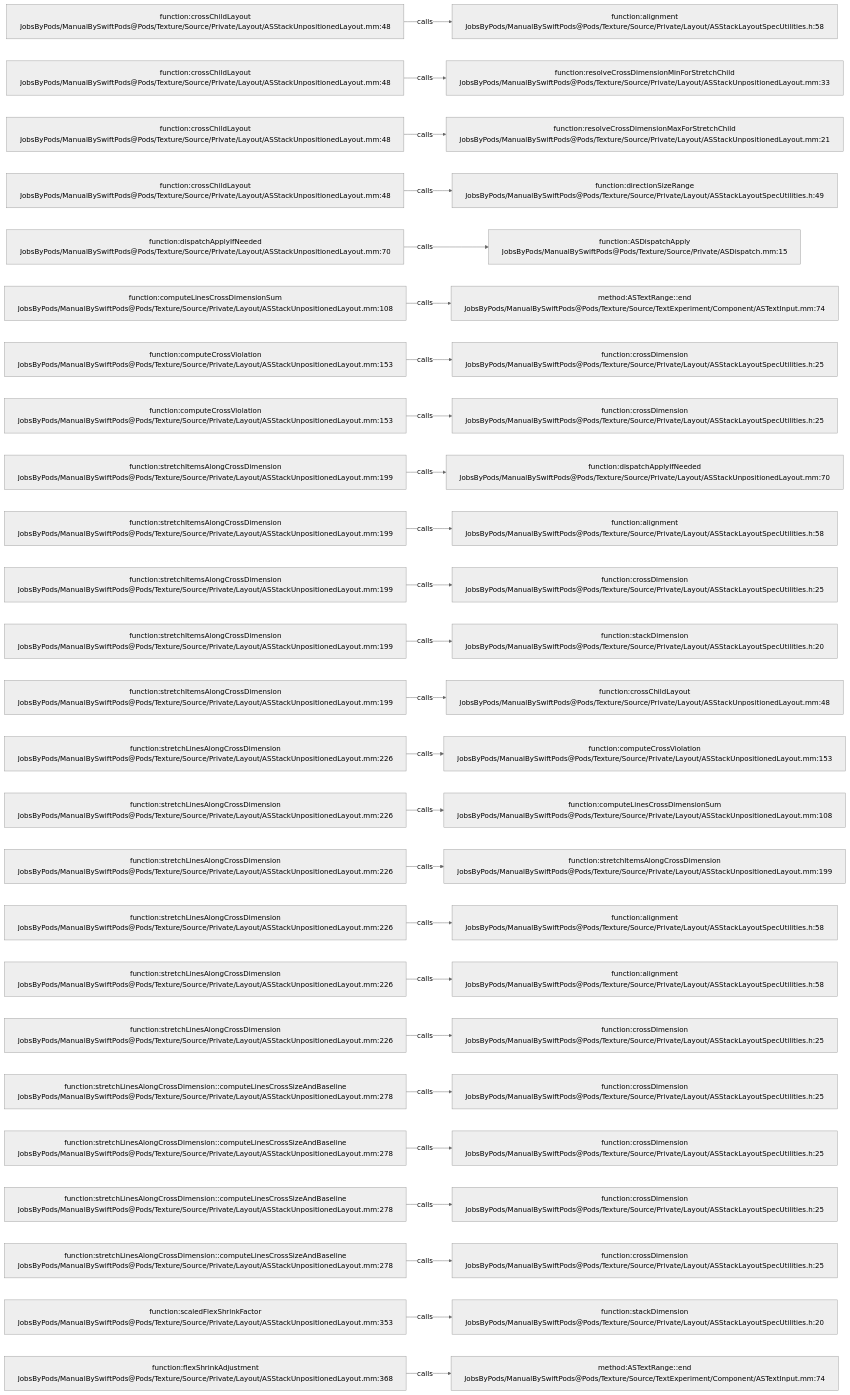
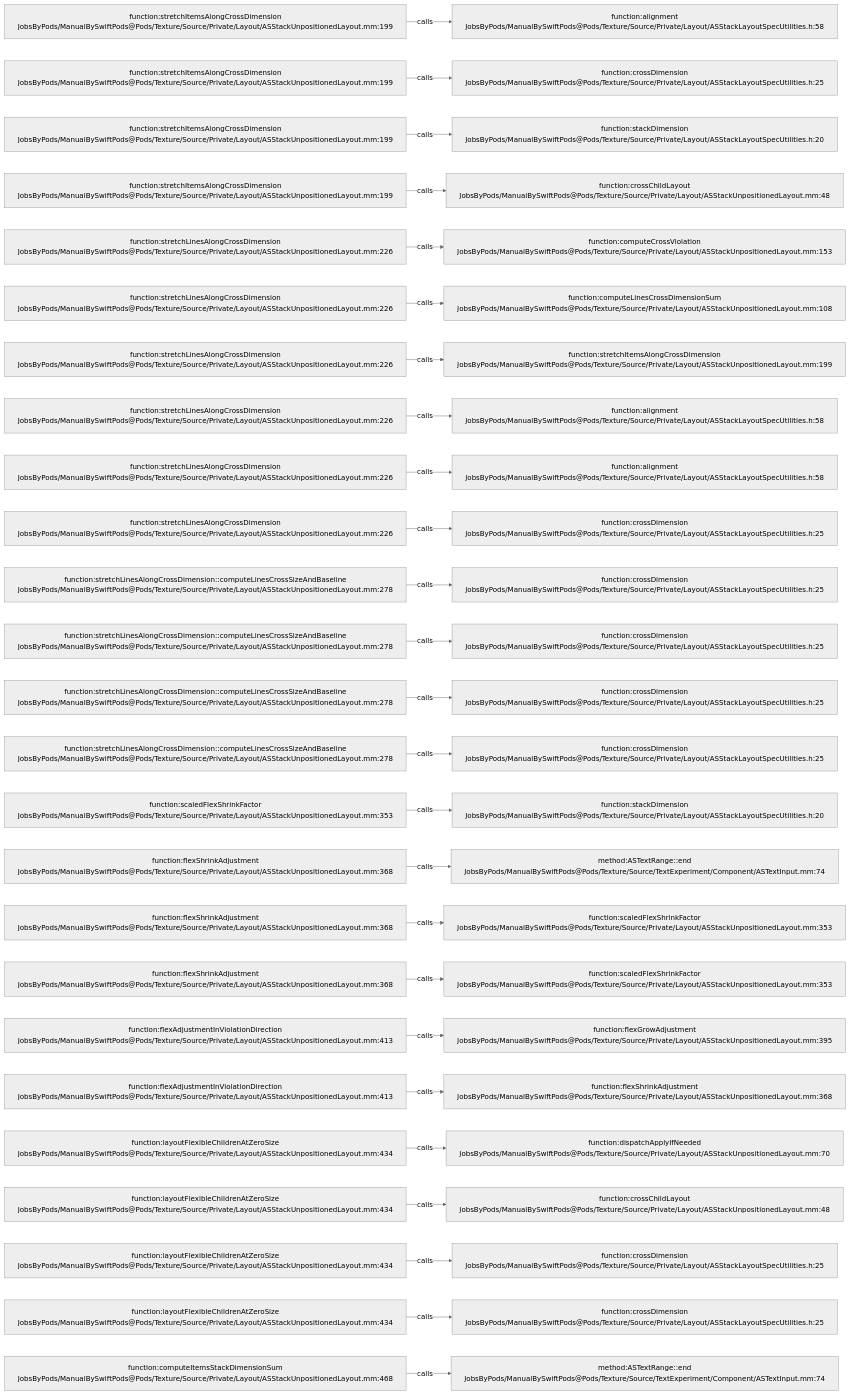
One commit to JobsKits/JobsSwiftBaseConfigDemo changed the diagram in .codegraph/codegraph.md/graphs/calls-125.md. Above: the diagram before and after it, drawn with Mermaid (neutral theme). The commit also changed 707 other files, not shown here.

````diff
--- a/.codegraph/codegraph.md/graphs/calls-125.md
+++ b/.codegraph/codegraph.md/graphs/calls-125.md
@@ -13,78 +13,78 @@
 ```mermaid
 flowchart LR
-  S1["function:crossChildLayout<br/>JobsByPods/ManualBySwiftPods@Pods/Texture/Source/Private/Layout/ASStackUnpositionedLayout.mm:48"]
+  S1["function:stretchItemsAlongCrossDimension<br/>JobsByPods/ManualBySwiftPods@Pods/Texture/Source/Private/Layout/ASStackUnpositionedLayout.mm:199"]
   T1["function:alignment<br/>JobsByPods/ManualBySwiftPods@Pods/Texture/Source/Private/Layout/ASStackLayoutSpecUtilities.h:58"]
   S1 -->|calls| T1
-  S2["function:crossChildLayout<br/>JobsByPods/ManualBySwiftPods@Pods/Texture/Source/Private/Layout/ASStackUnpositionedLayout.mm:48"]
-  T2["function:resolveCrossDimensionMinForStretchChild<br/>JobsByPods/ManualBySwiftPods@Pods/Texture/Source/Private/Layout/ASStackUnpositionedLayout.mm:33"]
+  S2["function:stretchItemsAlongCrossDimension<br/>JobsByPods/ManualBySwiftPods@Pods/Texture/Source/Private/Layout/ASStackUnpositionedLayout.mm:199"]
+  T2["function:crossDimension<br/>JobsByPods/ManualBySwiftPods@Pods/Texture/Source/Private/Layout/ASStackLayoutSpecUtilities.h:25"]
   S2 -->|calls| T2
-  S3["function:crossChildLayout<br/>JobsByPods/ManualBySwiftPods@Pods/Texture/Source/Private/Layout/ASStackUnpositionedLayout.mm:48"]
-  T3["function:resolveCrossDimensionMaxForStretchChild<br/>JobsByPods/ManualBySwiftPods@Pods/Texture/Source/Private/Layout/ASStackUnpositionedLayout.mm:21"]
+  S3["function:stretchItemsAlongCrossDimension<br/>JobsByPods/ManualBySwiftPods@Pods/Texture/Source/Private/Layout/ASStackUnpositionedLayout.mm:199"]
+  T3["function:stackDimension<br/>JobsByPods/ManualBySwiftPods@Pods/Texture/Source/Private/Layout/ASStackLayoutSpecUtilities.h:20"]
   S3 -->|calls| T3
-  S4["function:crossChildLayout<br/>JobsByPods/ManualBySwiftPods@Pods/Texture/Source/Private/Layout/ASStackUnpositionedLayout.mm:48"]
-  T4["function:directionSizeRange<br/>JobsByPods/ManualBySwiftPods@Pods/Texture/Source/Private/Layout/ASStackLayoutSpecUtilities.h:49"]
+  S4["function:stretchItemsAlongCrossDimension<br/>JobsByPods/ManualBySwiftPods@Pods/Texture/Source/Private/Layout/ASStackUnpositionedLayout.mm:199"]
+  T4["function:crossChildLayout<br/>JobsByPods/ManualBySwiftPods@Pods/Texture/Source/Private/Layout/ASStackUnpositionedLayout.mm:48"]
   S4 -->|calls| T4
-  S5["function:dispatchApplyIfNeeded<br/>JobsByPods/ManualBySwiftPods@Pods/Texture/Source/Private/Layout/ASStackUnpositionedLayout.mm:70"]
-  T5["function:ASDispatchApply<br/>JobsByPods/ManualBySwiftPods@Pods/Texture/Source/Private/ASDispatch.mm:15"]
+  S5["function:stretchLinesAlongCrossDimension<br/>JobsByPods/ManualBySwiftPods@Pods/Texture/Source/Private/Layout/ASStackUnpositionedLayout.mm:226"]
+  T5["function:computeCrossViolation<br/>JobsByPods/ManualBySwiftPods@Pods/Texture/Source/Private/Layout/ASStackUnpositionedLayout.mm:153"]
   S5 -->|calls| T5
-  S6["function:computeLinesCrossDimensionSum<br/>JobsByPods/ManualBySwiftPods@Pods/Texture/Source/Private/Layout/ASStackUnpositionedLayout.mm:108"]
-  T6["method:ASTextRange::end<br/>JobsByPods/ManualBySwiftPods@Pods/Texture/Source/TextExperiment/Component/ASTextInput.mm:74"]
+  S6["function:stretchLinesAlongCrossDimension<br/>JobsByPods/ManualBySwiftPods@Pods/Texture/Source/Private/Layout/ASStackUnpositionedLayout.mm:226"]
+  T6["function:computeLinesCrossDimensionSum<br/>JobsByPods/ManualBySwiftPods@Pods/Texture/Source/Private/Layout/ASStackUnpositionedLayout.mm:108"]
   S6 -->|calls| T6
-  S7["function:computeCrossViolation<br/>JobsByPods/ManualBySwiftPods@Pods/Texture/Source/Private/Layout/ASStackUnpositionedLayout.mm:153"]
-  T7["function:crossDimension<br/>JobsByPods/ManualBySwiftPods@Pods/Texture/Source/Private/Layout/ASStackLayoutSpecUtilities.h:25"]
+  S7["function:stretchLinesAlongCrossDimension<br/>JobsByPods/ManualBySwiftPods@Pods/Texture/Source/Private/Layout/ASStackUnpositionedLayout.mm:226"]
+  T7["function:stretchItemsAlongCrossDimension<br/>JobsByPods/ManualBySwiftPods@Pods/Texture/Source/Private/Layout/ASStackUnpositionedLayout.mm:199"]
   S7 -->|calls| T7
-  S8["function:computeCrossViolation<br/>JobsByPods/ManualBySwiftPods@Pods/Texture/Source/Private/Layout/ASStackUnpositionedLayout.mm:153"]
-  T8["function:crossDimension<br/>JobsByPods/ManualBySwiftPods@Pods/Texture/Source/Private/Layout/ASStackLayoutSpecUtilities.h:25"]
+  S8["function:stretchLinesAlongCrossDimension<br/>JobsByPods/ManualBySwiftPods@Pods/Texture/Source/Private/Layout/ASStackUnpositionedLayout.mm:226"]
+  T8["function:alignment<br/>JobsByPods/ManualBySwiftPods@Pods/Texture/Source/Private/Layout/ASStackLayoutSpecUtilities.h:58"]
   S8 -->|calls| T8
-  S9["function:stretchItemsAlongCrossDimension<br/>JobsByPods/ManualBySwiftPods@Pods/Texture/Source/Private/Layout/ASStackUnpositionedLayout.mm:199"]
-  T9["function:dispatchApplyIfNeeded<br/>JobsByPods/ManualBySwiftPods@Pods/Texture/Source/Private/Layout/ASStackUnpositionedLayout.mm:70"]
+  S9["function:stretchLinesAlongCrossDimension<br/>JobsByPods/ManualBySwiftPods@Pods/Texture/Source/Private/Layout/ASStackUnpositionedLayout.mm:226"]
+  T9["function:alignment<br/>JobsByPods/ManualBySwiftPods@Pods/Texture/Source/Private/Layout/ASStackLayoutSpecUtilities.h:58"]
   S9 -->|calls| T9
-  S10["function:stretchItemsAlongCrossDimension<br/>JobsByPods/ManualBySwiftPods@Pods/Texture/Source/Private/Layout/ASStackUnpositionedLayout.mm:199"]
-  T10["function:alignment<br/>JobsByPods/ManualBySwiftPods@Pods/Texture/Source/Private/Layout/ASStackLayoutSpecUtilities.h:58"]
+  S10["function:stretchLinesAlongCrossDimension<br/>JobsByPods/ManualBySwiftPods@Pods/Texture/Source/Private/Layout/ASStackUnpositionedLayout.mm:226"]
+  T10["function:crossDimension<br/>JobsByPods/ManualBySwiftPods@Pods/Texture/Source/Private/Layout/ASStackLayoutSpecUtilities.h:25"]
   S10 -->|calls| T10
-  S11["function:stretchItemsAlongCrossDimension<br/>JobsByPods/ManualBySwiftPods@Pods/Texture/Source/Private/Layout/ASStackUnpositionedLayout.mm:199"]
+  S11["function:stretchLinesAlongCrossDimension::computeLinesCrossSizeAndBaseline<br/>JobsByPods/ManualBySwiftPods@Pods/Texture/Source/Private/Layout/ASStackUnpositionedLayout.mm:278"]
   T11["function:crossDimension<br/>JobsByPods/ManualBySwiftPods@Pods/Texture/Source/Private/Layout/ASStackLayoutSpecUtilities.h:25"]
   S11 -->|calls| T11
-  S12["function:stretchItemsAlongCrossDimension<br/>JobsByPods/ManualBySwiftPods@Pods/Texture/Source/Private/Layout/ASStackUnpositionedLayout.mm:199"]
-  T12["function:stackDimension<br/>JobsByPods/ManualBySwiftPods@Pods/Texture/Source/Private/Layout/ASStackLayoutSpecUtilities.h:20"]
+  S12["function:stretchLinesAlongCrossDimension::computeLinesCrossSizeAndBaseline<br/>JobsByPods/ManualBySwiftPods@Pods/Texture/Source/Private/Layout/ASStackUnpositionedLayout.mm:278"]
+  T12["function:crossDimension<br/>JobsByPods/ManualBySwiftPods@Pods/Texture/Source/Private/Layout/ASStackLayoutSpecUtilities.h:25"]
   S12 -->|calls| T12
-  S13["function:stretchItemsAlongCrossDimension<br/>JobsByPods/ManualBySwiftPods@Pods/Texture/Source/Private/Layout/ASStackUnpositionedLayout.mm:199"]
-  T13["function:crossChildLayout<br/>JobsByPods/ManualBySwiftPods@Pods/Texture/Source/Private/Layout/ASStackUnpositionedLayout.mm:48"]
+  S13["function:stretchLinesAlongCrossDimension::computeLinesCrossSizeAndBaseline<br/>JobsByPods/ManualBySwiftPods@Pods/Texture/Source/Private/Layout/ASStackUnpositionedLayout.mm:278"]
+  T13["function:crossDimension<br/>JobsByPods/ManualBySwiftPods@Pods/Texture/Source/Private/Layout/ASStackLayoutSpecUtilities.h:25"]
   S13 -->|calls| T13
-  S14["function:stretchLinesAlongCrossDimension<br/>JobsByPods/ManualBySwiftPods@Pods/Texture/Source/Private/Layout/ASStackUnpositionedLayout.mm:226"]
-  T14["function:computeCrossViolation<br/>JobsByPods/ManualBySwiftPods@Pods/Texture/Source/Private/Layout/ASStackUnpositionedLayout.mm:153"]
+  S14["function:stretchLinesAlongCrossDimension::computeLinesCrossSizeAndBaseline<br/>JobsByPods/ManualBySwiftPods@Pods/Texture/Source/Private/Layout/ASStackUnpositionedLayout.mm:278"]
+  T14["function:crossDimension<br/>JobsByPods/ManualBySwiftPods@Pods/Texture/Source/Private/Layout/ASStackLayoutSpecUtilities.h:25"]
   S14 -->|calls| T14
-  S15["function:stretchLinesAlongCrossDimension<br/>JobsByPods/ManualBySwiftPods@Pods/Texture/Source/Private/Layout/ASStackUnpositionedLayout.mm:226"]
-  T15["function:computeLinesCrossDimensionSum<br/>JobsByPods/ManualBySwiftPods@Pods/Texture/Source/Private/Layout/ASStackUnpositionedLayout.mm:108"]
+  S15["function:scaledFlexShrinkFactor<br/>JobsByPods/ManualBySwiftPods@Pods/Texture/Source/Private/Layout/ASStackUnpositionedLayout.mm:353"]
+  T15["function:stackDimension<br/>JobsByPods/ManualBySwiftPods@Pods/Texture/Source/Private/Layout/ASStackLayoutSpecUtilities.h:20"]
   S15 -->|calls| T15
-  S16["function:stretchLinesAlongCrossDimension<br/>JobsByPods/ManualBySwiftPods@Pods/Texture/Source/Private/Layout/ASStackUnpositionedLayout.mm:226"]
-  T16["function:stretchItemsAlongCrossDimension<br/>JobsByPods/ManualBySwiftPods@Pods/Texture/Source/Private/Layout/ASStackUnpositionedLayout.mm:199"]
+  S16["function:flexShrinkAdjustment<br/>JobsByPods/ManualBySwiftPods@Pods/Texture/Source/Private/Layout/ASStackUnpositionedLayout.mm:368"]
+  T16["method:ASTextRange::end<br/>JobsByPods/ManualBySwiftPods@Pods/Texture/Source/TextExperiment/Component/ASTextInput.mm:74"]
   S16 -->|calls| T16
-  S17["function:stretchLinesAlongCrossDimension<br/>JobsByPods/ManualBySwiftPods@Pods/Texture/Source/Private/Layout/ASStackUnpositionedLayout.mm:226"]
-  T17["function:alignment<br/>JobsByPods/ManualBySwiftPods@Pods/Texture/Source/Private/Layout/ASStackLayoutSpecUtilities.h:58"]
+  S17["function:flexShrinkAdjustment<br/>JobsByPods/ManualBySwiftPods@Pods/Texture/Source/Private/Layout/ASStackUnpositionedLayout.mm:368"]
+  T17["function:scaledFlexShrinkFactor<br/>JobsByPods/ManualBySwiftPods@Pods/Texture/Source/Private/Layout/ASStackUnpositionedLayout.mm:353"]
   S17 -->|calls| T17
-  S18["function:stretchLinesAlongCrossDimension<br/>JobsByPods/ManualBySwiftPods@Pods/Texture/Source/Private/Layout/ASStackUnpositionedLayout.mm:226"]
-  T18["function:alignment<br/>JobsByPods/ManualBySwiftPods@Pods/Texture/Source/Private/Layout/ASStackLayoutSpecUtilities.h:58"]
+  S18["function:flexShrinkAdjustment<br/>JobsByPods/ManualBySwiftPods@Pods/Texture/Source/Private/Layout/ASStackUnpositionedLayout.mm:368"]
+  T18["function:scaledFlexShrinkFactor<br/>JobsByPods/ManualBySwiftPods@Pods/Texture/Source/Private/Layout/ASStackUnpositionedLayout.mm:353"]
   S18 -->|calls| T18
-  S19["function:stretchLinesAlongCrossDimension<br/>JobsByPods/ManualBySwiftPods@Pods/Texture/Source/Private/Layout/ASStackUnpositionedLayout.mm:226"]
-  T19["function:crossDimension<br/>JobsByPods/ManualBySwiftPods@Pods/Texture/Source/Private/Layout/ASStackLayoutSpecUtilities.h:25"]
+  S19["function:flexAdjustmentInViolationDirection<br/>JobsByPods/ManualBySwiftPods@Pods/Texture/Source/Private/Layout/ASStackUnpositionedLayout.mm:413"]
+  T19["function:flexGrowAdjustment<br/>JobsByPods/ManualBySwiftPods@Pods/Texture/Source/Private/Layout/ASStackUnpositionedLayout.mm:395"]
   S19 -->|calls| T19
-  S20["function:stretchLinesAlongCrossDimension::computeLinesCrossSizeAndBaseline<br/>JobsByPods/ManualBySwiftPods@Pods/Texture/Source/Private/Layout/ASStackUnpositionedLayout.mm:278"]
-  T20["function:crossDimension<br/>JobsByPods/ManualBySwiftPods@Pods/Texture/Source/Private/Layout/ASStackLayoutSpecUtilities.h:25"]
+  S20["function:flexAdjustmentInViolationDirection<br/>JobsByPods/ManualBySwiftPods@Pods/Texture/Source/Private/Layout/ASStackUnpositionedLayout.mm:413"]
+  T20["function:flexShrinkAdjustment<br/>JobsByPods/ManualBySwiftPods@Pods/Texture/Source/Private/Layout/ASStackUnpositionedLayout.mm:368"]
   S20 -->|calls| T20
-  S21["function:stretchLinesAlongCrossDimension::computeLinesCrossSizeAndBaseline<br/>JobsByPods/ManualBySwiftPods@Pods/Texture/Source/Private/Layout/ASStackUnpositionedLayout.mm:278"]
-  T21["function:crossDimension<br/>JobsByPods/ManualBySwiftPods@Pods/Texture/Source/Private/Layout/ASStackLayoutSpecUtilities.h:25"]
+  S21["function:layoutFlexibleChildrenAtZeroSize<br/>JobsByPods/ManualBySwiftPods@Pods/Texture/Source/Private/Layout/ASStackUnpositionedLayout.mm:434"]
+  T21["function:dispatchApplyIfNeeded<br/>JobsByPods/ManualBySwiftPods@Pods/Texture/Source/Private/Layout/ASStackUnpositionedLayout.mm:70"]
   S21 -->|calls| T21
-  S22["function:stretchLinesAlongCrossDimension::computeLinesCrossSizeAndBaseline<br/>JobsByPods/ManualBySwiftPods@Pods/Texture/Source/Private/Layout/ASStackUnpositionedLayout.mm:278"]
-  T22["function:crossDimension<br/>JobsByPods/ManualBySwiftPods@Pods/Texture/Source/Private/Layout/ASStackLayoutSpecUtilities.h:25"]
+  S22["function:layoutFlexibleChildrenAtZeroSize<br/>JobsByPods/ManualBySwiftPods@Pods/Texture/Source/Private/Layout/ASStackUnpositionedLayout.mm:434"]
+  T22["function:crossChildLayout<br/>JobsByPods/ManualBySwiftPods@Pods/Texture/Source/Private/Layout/ASStackUnpositionedLayout.mm:48"]
   S22 -->|calls| T22
-  S23["function:stretchLinesAlongCrossDimension::computeLinesCrossSizeAndBaseline<br/>JobsByPods/ManualBySwiftPods@Pods/Texture/Source/Private/Layout/ASStackUnpositionedLayout.mm:278"]
+  S23["function:layoutFlexibleChildrenAtZeroSize<br/>JobsByPods/ManualBySwiftPods@Pods/Texture/Source/Private/Layout/ASStackUnpositionedLayout.mm:434"]
   T23["function:crossDimension<br/>JobsByPods/ManualBySwiftPods@Pods/Texture/Source/Private/Layout/ASStackLayoutSpecUtilities.h:25"]
   S23 -->|calls| T23
-  S24["function:scaledFlexShrinkFactor<br/>JobsByPods/ManualBySwiftPods@Pods/Texture/Source/Private/Layout/ASStackUnpositionedLayout.mm:353"]
-  T24["function:stackDimension<br/>JobsByPods/ManualBySwiftPods@Pods/Texture/Source/Private/Layout/ASStackLayoutSpecUtilities.h:20"]
+  S24["function:layoutFlexibleChildrenAtZeroSize<br/>JobsByPods/ManualBySwiftPods@Pods/Texture/Source/Private/Layout/ASStackUnpositionedLayout.mm:434"]
+  T24["function:crossDimension<br/>JobsByPods/ManualBySwiftPods@Pods/Texture/Source/Private/Layout/ASStackLayoutSpecUtilities.h:25"]
   S24 -->|calls| T24
-  S25["function:flexShrinkAdjustment<br/>JobsByPods/ManualBySwiftPods@Pods/Texture/Source/Private/Layout/ASStackUnpositionedLayout.mm:368"]
+  S25["function:computeItemsStackDimensionSum<br/>JobsByPods/ManualBySwiftPods@Pods/Texture/Source/Private/Layout/ASStackUnpositionedLayout.mm:468"]
   T25["method:ASTextRange::end<br/>JobsByPods/ManualBySwiftPods@Pods/Texture/Source/TextExperiment/Component/ASTextInput.mm:74"]
   S25 -->|calls| T25
 ```
````
